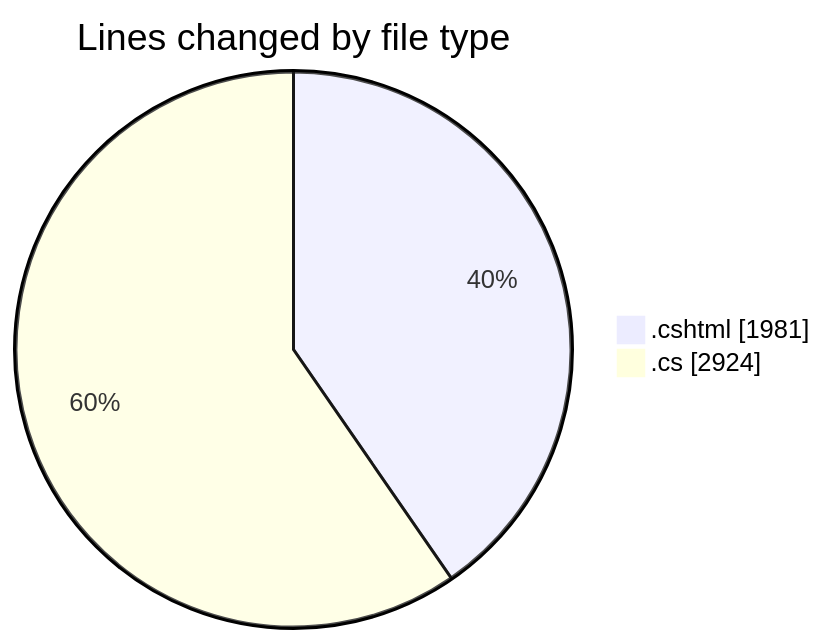
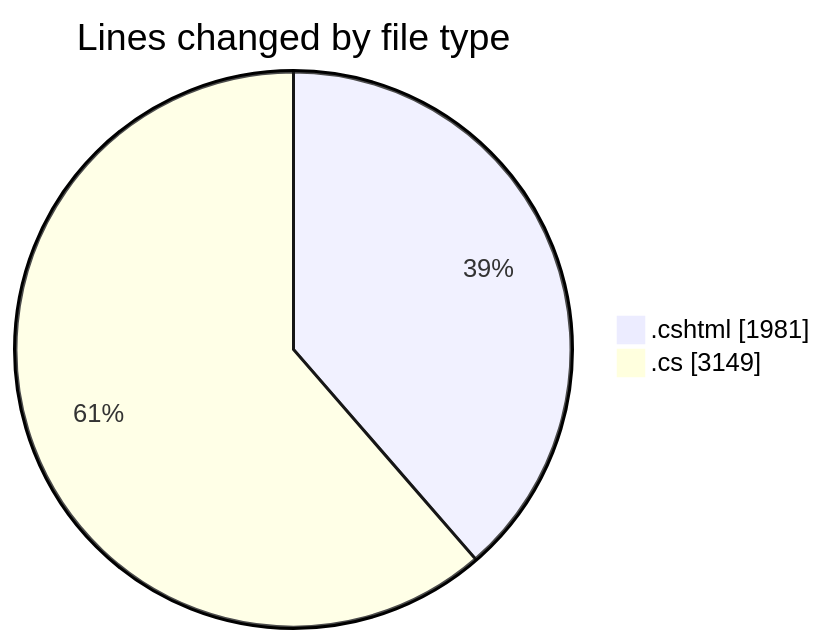
The first of 2 diagrams in 2025-07-17/nhahang/README.md (lephambinh05/code-tracking), drawn with Mermaid before and after one commit. The commit also changed other lines of this file and 1 other file, not shown here.

````diff
--- a/2025-07-17/nhahang/README.md
+++ b/2025-07-17/nhahang/README.md
@@ -69,6 +75,6 @@
 ```mermaid
 pie showData
 title Lines changed by file type
 ".cshtml" : 1981
-".cs" : 2924
+".cs" : 3149
 ```
````
